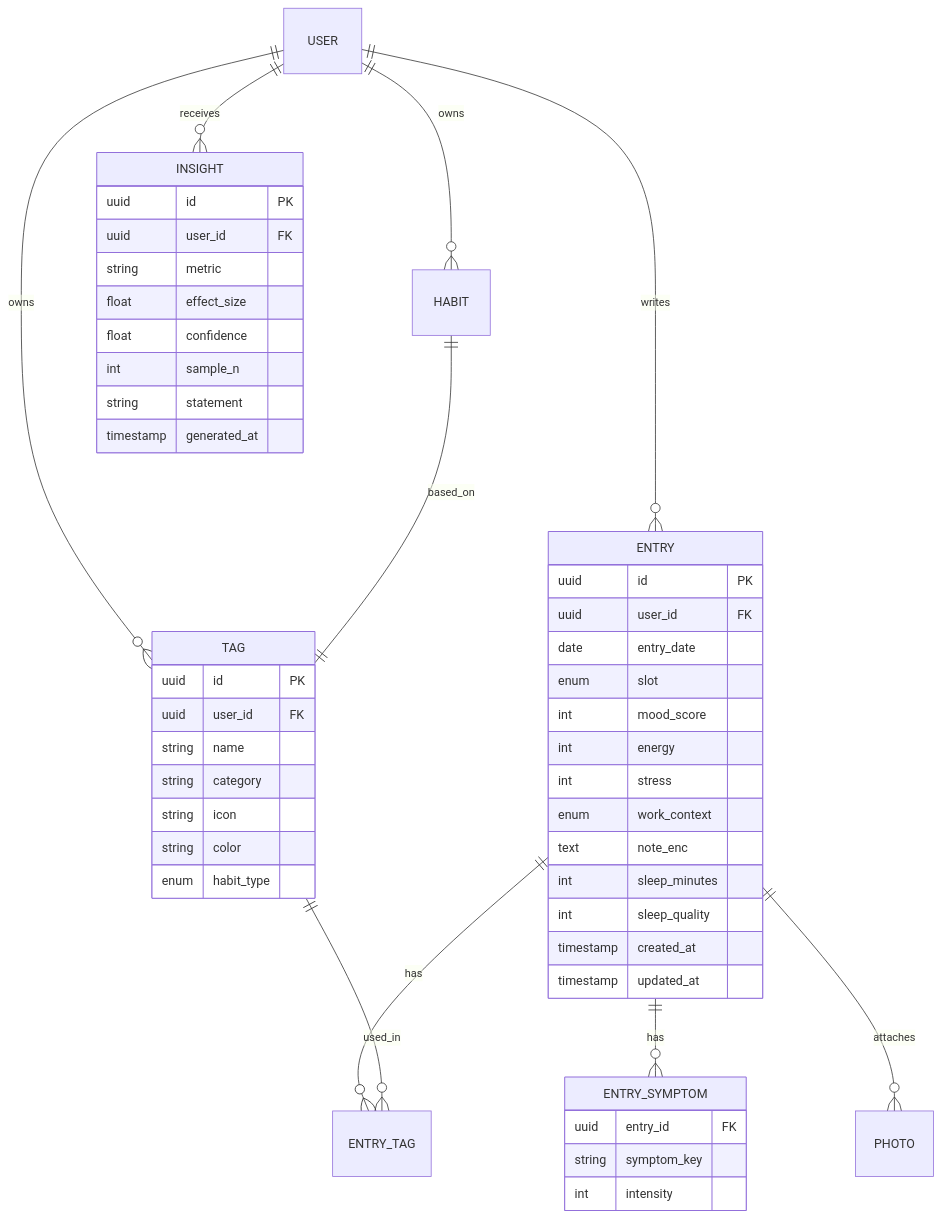
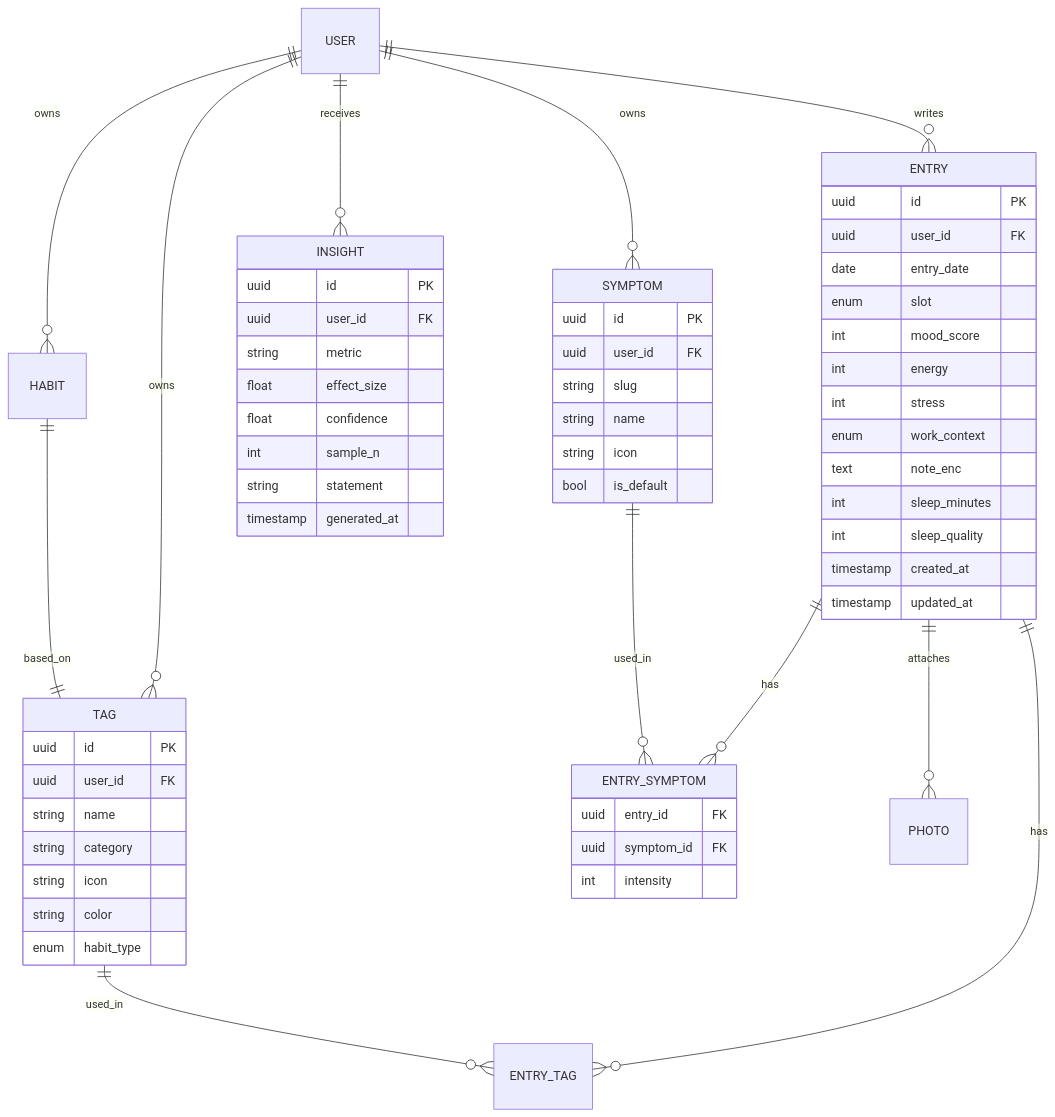
One commit to Sturmi77/correlcore changed the second of 2 diagrams in docs/DESIGN_DOCUMENT.md. Above: the diagram before and after it, drawn with Mermaid. The commit also changed other lines of this file and 19 other files, not shown here.

````diff
--- a/docs/DESIGN_DOCUMENT.md
+++ b/docs/DESIGN_DOCUMENT.md
@@ -385,51 +387,61 @@
 ```mermaid
 erDiagram
   USER ||--o{ ENTRY : writes
   USER ||--o{ TAG : owns
   USER ||--o{ HABIT : owns
   ENTRY ||--o{ ENTRY_TAG : has
   ENTRY ||--o{ ENTRY_SYMPTOM : has
   ENTRY ||--o{ PHOTO : attaches
   TAG ||--o{ ENTRY_TAG : used_in
   HABIT ||--|| TAG : based_on
   USER ||--o{ INSIGHT : receives
   ENTRY {
     uuid id PK
     uuid user_id FK
     date entry_date
     enum slot
     int mood_score
     int energy
     int stress
     enum work_context
     text note_enc
     int sleep_minutes
     int sleep_quality
     timestamp created_at
     timestamp updated_at
   }
   TAG {
     uuid id PK
     uuid user_id FK
     string name
     string category
     string icon
     string color
     enum habit_type
   }
   ENTRY_SYMPTOM {
     uuid entry_id FK
-    string symptom_key
+    uuid symptom_id FK
     int intensity
   }
+  SYMPTOM {
+    uuid id PK
+    uuid user_id FK
+    string slug
+    string name
+    string icon
+    bool is_default
+  }
+  USER ||--o{ SYMPTOM : owns
+  SYMPTOM ||--o{ ENTRY_SYMPTOM : used_in
   INSIGHT {
     uuid id PK
     uuid user_id FK
     string metric
     float effect_size
     float confidence
     int sample_n
     string statement
     timestamp generated_at
   }
 ```
````
